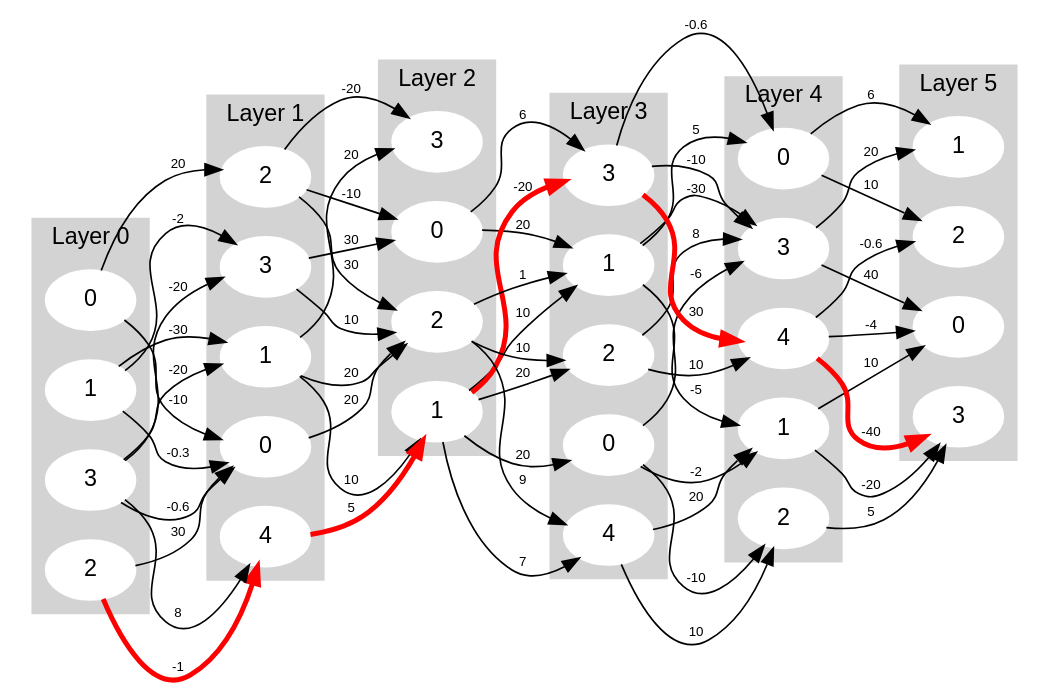
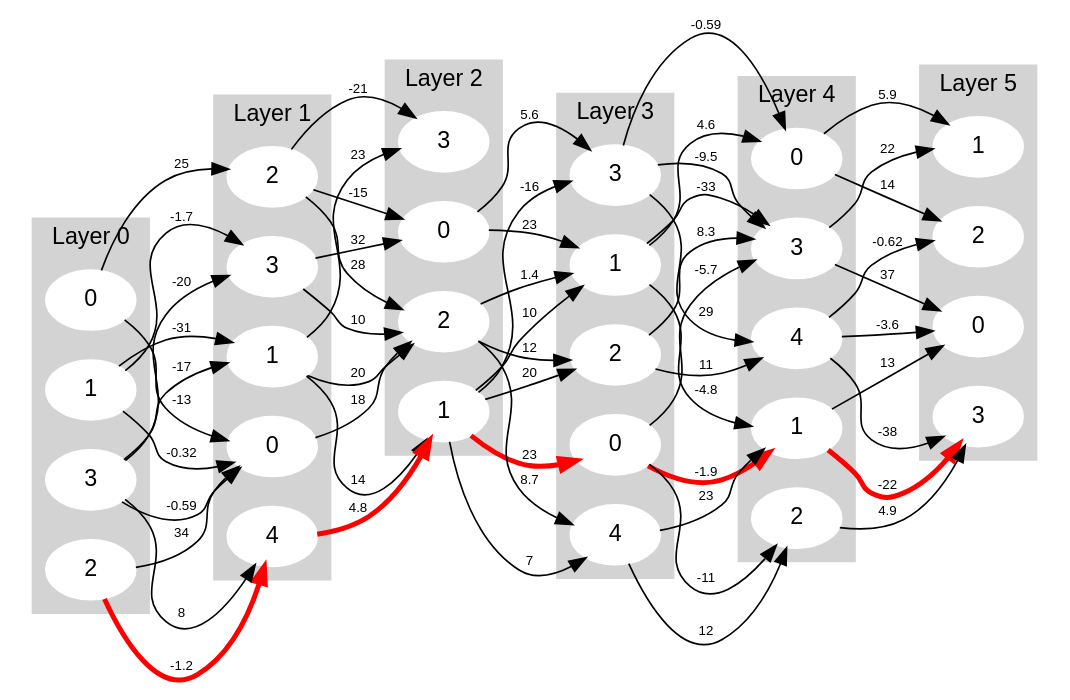
One commit to dgoffredo/shortest-path changed the diagram in examples/random.dot. Above: the diagram before and after it, drawn with Graphviz. The commit also changed 3 other files, not shown here.

```diff
--- a/examples/random.dot
+++ b/examples/random.dot
@@ -1,164 +1,164 @@
 strict digraph {
   fontname="Helvetica,Arial,sans-serif"
   node [fontname="Helvetica,Arial,sans-serif"]
   edge [fontname="Helvetica,Arial,sans-serif", fontsize="8pt"]
   rankdir="LR";
 
   subgraph cluster_0 {
     style=filled;
     color=lightgrey;
     node [style=filled, color=white];
     label = "Layer 0";
 
     node_0_0 [label="0"];
     node_0_1 [label="1"];
     node_0_2 [label="2"];
     node_0_3 [label="3"];
   }
 
   subgraph cluster_1 {
     style=filled;
     color=lightgrey;
     node [style=filled, color=white];
     label = "Layer 1";
 
     node_1_0 [label="0"];
     node_1_1 [label="1"];
     node_1_2 [label="2"];
     node_1_3 [label="3"];
     node_1_4 [label="4"];
   }
 
-  node_0_1 -> node_1_0 [label="-0.3"]
-  node_0_0 -> node_1_0 [label="-10"]
-  node_0_2 -> node_1_0 [label="30"]
-  node_0_3 -> node_1_0 [label="-0.6"]
-  node_0_3 -> node_1_1 [label="-20"]
-  node_0_1 -> node_1_1 [label="-30"]
-  node_0_0 -> node_1_2 [label="20"]
-  node_0_1 -> node_1_3 [label="-20"]
-  node_0_1 -> node_1_3 [label="-2"]
+  node_0_1 -> node_1_0 [label="-0.32"]
+  node_0_0 -> node_1_0 [label="-13"]
+  node_0_2 -> node_1_0 [label="34"]
+  node_0_3 -> node_1_0 [label="-0.59"]
+  node_0_3 -> node_1_1 [label="-17"]
+  node_0_1 -> node_1_1 [label="-31"]
+  node_0_0 -> node_1_2 [label="25"]
+  node_0_1 -> node_1_3 [label="-19"]
+  node_0_1 -> node_1_3 [label="-1.7"]
   node_0_3 -> node_1_3 [label="-20"]
   node_0_3 -> node_1_4 [label="8"]
   node_0_2 -> node_1_4 [label="-50"]
-  node_0_2 -> node_1_4 [label="-1"]
+  node_0_2 -> node_1_4 [label="-1.2"]
 
   subgraph cluster_2 {
     style=filled;
     color=lightgrey;
     node [style=filled, color=white];
     label = "Layer 2";
 
     node_2_0 [label="0"];
     node_2_1 [label="1"];
     node_2_2 [label="2"];
     node_2_3 [label="3"];
   }
 
-  node_1_3 -> node_2_0 [label="-10"]
-  node_1_3 -> node_2_0 [label="30"]
-  node_1_2 -> node_2_0 [label="-10"]
-  node_1_4 -> node_2_1 [label="30"]
-  node_1_4 -> node_2_1 [label="50"]
-  node_1_4 -> node_2_1 [label="5"]
-  node_1_1 -> node_2_1 [label="10"]
+  node_1_3 -> node_2_0 [label="-14"]
+  node_1_3 -> node_2_0 [label="32"]
+  node_1_2 -> node_2_0 [label="-15"]
+  node_1_4 -> node_2_1 [label="29"]
+  node_1_4 -> node_2_1 [label="45"]
+  node_1_4 -> node_2_1 [label="4.8"]
+  node_1_1 -> node_2_1 [label="14"]
   node_1_1 -> node_2_2 [label="20"]
-  node_1_2 -> node_2_2 [label="30"]
-  node_1_0 -> node_2_2 [label="20"]
+  node_1_2 -> node_2_2 [label="28"]
+  node_1_0 -> node_2_2 [label="18"]
   node_1_3 -> node_2_2 [label="10"]
-  node_1_1 -> node_2_3 [label="-20"]
-  node_1_1 -> node_2_3 [label="20"]
-  node_1_2 -> node_2_3 [label="2"]
-  node_1_2 -> node_2_3 [label="-20"]
+  node_1_1 -> node_2_3 [label="-16"]
+  node_1_1 -> node_2_3 [label="23"]
+  node_1_2 -> node_2_3 [label="2.4"]
+  node_1_2 -> node_2_3 [label="-21"]
 
   subgraph cluster_3 {
     style=filled;
     color=lightgrey;
     node [style=filled, color=white];
     label = "Layer 3";
 
     node_3_0 [label="0"];
     node_3_1 [label="1"];
     node_3_2 [label="2"];
     node_3_3 [label="3"];
     node_3_4 [label="4"];
   }
 
-  node_2_1 -> node_3_0 [label="30"]
-  node_2_1 -> node_3_0 [label="-4"]
-  node_2_1 -> node_3_0 [label="20"]
-  node_2_1 -> node_3_1 [label="20"]
-  node_2_2 -> node_3_1 [label="1"]
-  node_2_0 -> node_3_1 [label="20"]
+  node_2_1 -> node_3_0 [label="31"]
+  node_2_1 -> node_3_0 [label="-4.3"]
+  node_2_1 -> node_3_0 [label="23"]
+  node_2_1 -> node_3_1 [label="18"]
+  node_2_2 -> node_3_1 [label="1.4"]
+  node_2_0 -> node_3_1 [label="23"]
   node_2_1 -> node_3_1 [label="10"]
   node_2_1 -> node_3_2 [label="20"]
-  node_2_2 -> node_3_2 [label="40"]
-  node_2_2 -> node_3_2 [label="10"]
-  node_2_1 -> node_3_3 [label="-20"]
-  node_2_0 -> node_3_3 [label="6"]
-  node_2_2 -> node_3_4 [label="9"]
+  node_2_2 -> node_3_2 [label="36"]
+  node_2_2 -> node_3_2 [label="12"]
+  node_2_1 -> node_3_3 [label="-16"]
+  node_2_0 -> node_3_3 [label="5.6"]
+  node_2_2 -> node_3_4 [label="8.7"]
   node_2_1 -> node_3_4 [label="7"]
 
   subgraph cluster_4 {
     style=filled;
     color=lightgrey;
     node [style=filled, color=white];
     label = "Layer 4";
 
     node_4_0 [label="0"];
     node_4_1 [label="1"];
     node_4_2 [label="2"];
     node_4_3 [label="3"];
     node_4_4 [label="4"];
   }
 
-  node_3_3 -> node_4_0 [label="-0.6"]
-  node_3_1 -> node_4_0 [label="3"]
-  node_3_1 -> node_4_0 [label="-8"]
-  node_3_1 -> node_4_0 [label="5"]
-  node_3_4 -> node_4_1 [label="20"]
+  node_3_3 -> node_4_0 [label="-0.59"]
+  node_3_1 -> node_4_0 [label="3.3"]
+  node_3_1 -> node_4_0 [label="-7.7"]
+  node_3_1 -> node_4_0 [label="4.6"]
+  node_3_4 -> node_4_1 [label="23"]
   node_3_0 -> node_4_1 [label="20"]
-  node_3_0 -> node_4_1 [label="-2"]
-  node_3_1 -> node_4_1 [label="-5"]
+  node_3_0 -> node_4_1 [label="-1.9"]
+  node_3_1 -> node_4_1 [label="-4.8"]
   node_3_4 -> node_4_2 [label="-20"]
-  node_3_4 -> node_4_2 [label="10"]
-  node_3_0 -> node_4_2 [label="-10"]
-  node_3_1 -> node_4_3 [label="-30"]
-  node_3_0 -> node_4_3 [label="-6"]
-  node_3_2 -> node_4_3 [label="8"]
-  node_3_3 -> node_4_3 [label="-10"]
-  node_3_3 -> node_4_4 [label="30"]
-  node_3_2 -> node_4_4 [label="10"]
+  node_3_4 -> node_4_2 [label="12"]
+  node_3_0 -> node_4_2 [label="-11"]
+  node_3_1 -> node_4_3 [label="-33"]
+  node_3_0 -> node_4_3 [label="-5.7"]
+  node_3_2 -> node_4_3 [label="8.3"]
+  node_3_3 -> node_4_3 [label="-9.5"]
+  node_3_3 -> node_4_4 [label="29"]
+  node_3_2 -> node_4_4 [label="11"]
 
   subgraph cluster_5 {
     style=filled;
     color=lightgrey;
     node [style=filled, color=white];
     label = "Layer 5";
 
     node_5_0 [label="0"];
     node_5_1 [label="1"];
     node_5_2 [label="2"];
     node_5_3 [label="3"];
   }
 
-  node_4_4 -> node_5_0 [label="-1"]
-  node_4_1 -> node_5_0 [label="10"]
-  node_4_3 -> node_5_0 [label="40"]
-  node_4_4 -> node_5_0 [label="-4"]
-  node_4_0 -> node_5_1 [label="6"]
-  node_4_3 -> node_5_1 [label="20"]
-  node_4_4 -> node_5_2 [label="50"]
-  node_4_4 -> node_5_2 [label="-0.6"]
-  node_4_0 -> node_5_2 [label="10"]
-  node_4_1 -> node_5_3 [label="-20"]
-  node_4_4 -> node_5_3 [label="20"]
-  node_4_2 -> node_5_3 [label="5"]
-  node_4_4 -> node_5_3 [label="-40"]
+  node_4_4 -> node_5_0 [label="-0.98"]
+  node_4_1 -> node_5_0 [label="13"]
+  node_4_3 -> node_5_0 [label="37"]
+  node_4_4 -> node_5_0 [label="-3.6"]
+  node_4_0 -> node_5_1 [label="5.9"]
+  node_4_3 -> node_5_1 [label="22"]
+  node_4_4 -> node_5_2 [label="48"]
+  node_4_4 -> node_5_2 [label="-0.62"]
+  node_4_0 -> node_5_2 [label="14"]
+  node_4_1 -> node_5_3 [label="-22"]
+  node_4_4 -> node_5_3 [label="23"]
+  node_4_2 -> node_5_3 [label="4.9"]
+  node_4_4 -> node_5_3 [label="-38"]
 
-  node_4_4 -> node_5_3 [penwidth="3", color="red"];
-  node_3_3 -> node_4_4 [penwidth="3", color="red"];
-  node_2_1 -> node_3_3 [penwidth="3", color="red"];
+  node_4_1 -> node_5_3 [penwidth="3", color="red"];
+  node_3_0 -> node_4_1 [penwidth="3", color="red"];
+  node_2_1 -> node_3_0 [penwidth="3", color="red"];
   node_1_4 -> node_2_1 [penwidth="3", color="red"];
   node_0_2 -> node_1_4 [penwidth="3", color="red"];
 }
```
